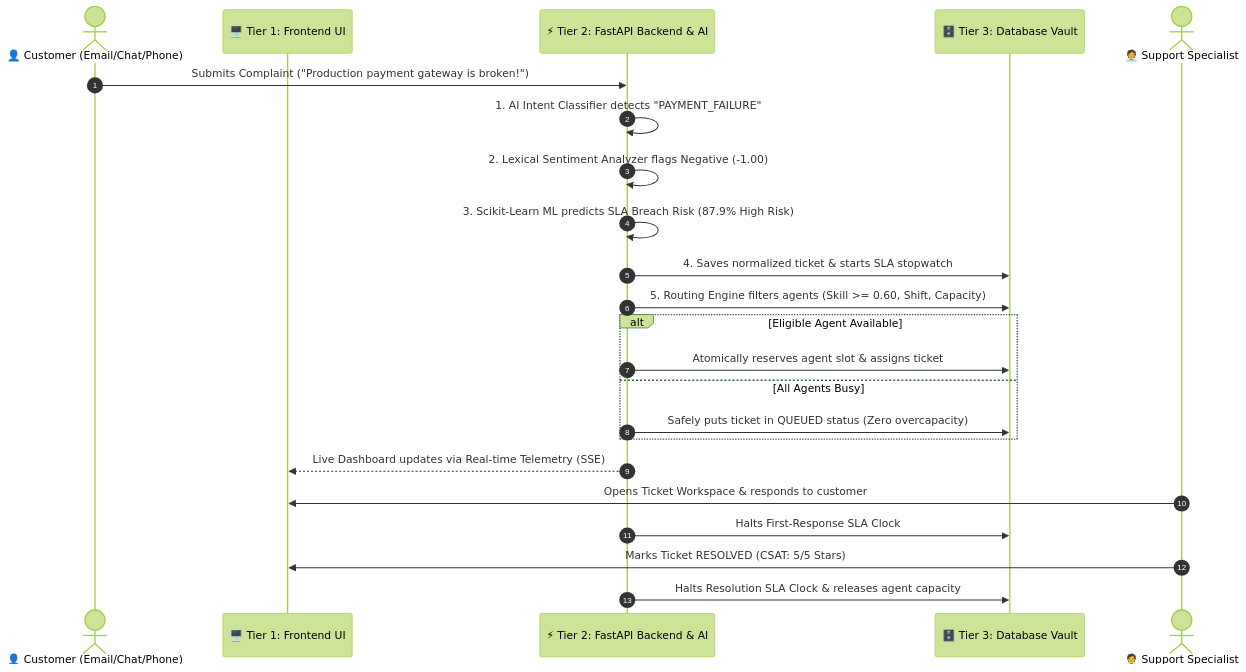
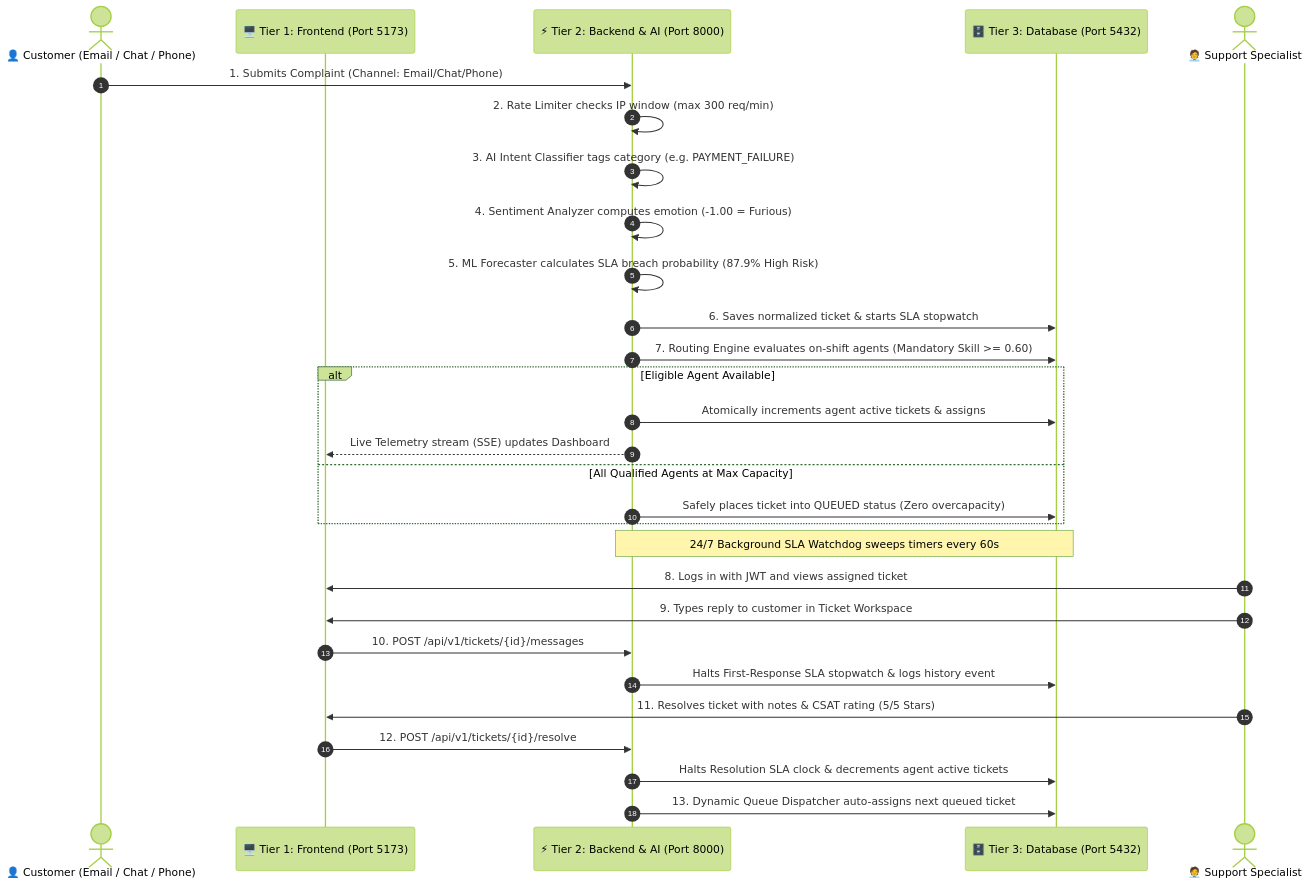
One commit to luffy-2601/YottaflexAI_Hackathon changed the diagram in README.md. Above: the diagram before and after it, drawn with Mermaid (forest theme). The commit also changed other lines of this file, not shown here.

Commit message:
docs: enrich 3-tier multi-port architecture, complete system flowcharts, and execution guide

````diff
--- a/README.md
+++ b/README.md
@@ -79,26 +100,36 @@
 ```mermaid
 sequenceDiagram
     autonumber
-    actor Customer as 👤 Customer (Email/Chat/Phone)
-    participant Tier1 as 🖥️ Tier 1: Frontend UI
-    participant Tier2 as ⚡ Tier 2: FastAPI Backend & AI
-    participant DB as 🗄️ Tier 3: Database Vault
+    actor Customer as 👤 Customer (Email / Chat / Phone)
+    participant Tier1 as 🖥️ Tier 1: Frontend (Port 5173)
+    participant Tier2 as ⚡ Tier 2: Backend & AI (Port 8000)
+    participant Tier3 as 🗄️ Tier 3: Database (Port 5432)
     actor Agent as 🧑‍💼 Support Specialist
 
-    Customer->>Tier2: Submits Complaint ("Production payment gateway is broken!")
-    Tier2->>Tier2: 1. AI Intent Classifier detects "PAYMENT_FAILURE"
-    Tier2->>Tier2: 2. Lexical Sentiment Analyzer flags Negative (-1.00)
-    Tier2->>Tier2: 3. Scikit-Learn ML predicts SLA Breach Risk (87.9% High Risk)
-    Tier2->>DB: 4. Saves normalized ticket & starts SLA stopwatch
-    Tier2->>DB: 5. Routing Engine filters agents (Skill >= 0.60, Shift, Capacity)
+    Customer->>Tier2: 1. Submits Complaint (Channel: Email/Chat/Phone)
+    Tier2->>Tier2: 2. Rate Limiter checks IP window (max 300 req/min)
+    Tier2->>Tier2: 3. AI Intent Classifier tags category (e.g. PAYMENT_FAILURE)
+    Tier2->>Tier2: 4. Sentiment Analyzer computes emotion (-1.00 = Furious)
+    Tier2->>Tier2: 5. ML Forecaster calculates SLA breach probability (87.9% High Risk)
+    Tier2->>Tier3: 6. Saves normalized ticket & starts SLA stopwatch
+    Tier2->>Tier3: 7. Routing Engine evaluates on-shift agents (Mandatory Skill >= 0.60)
+    
     alt Eligible Agent Available
-        Tier2->>DB: Atomically reserves agent slot & assigns ticket
-    else All Agents Busy
-        Tier2->>DB: Safely puts ticket in QUEUED status (Zero overcapacity)
+        Tier2->>Tier3: Atomically increments agent active tickets & assigns
+        Tier2-->>Tier1: Live Telemetry stream (SSE) updates Dashboard
+    else All Qualified Agents at Max Capacity
+        Tier2->>Tier3: Safely places ticket into QUEUED status (Zero overcapacity)
     end
-    Tier2-->>Tier1: Live Dashboard updates via Real-time Telemetry (SSE)
-    Agent->>Tier1: Opens Ticket Workspace & responds to customer
-    Tier2->>DB: Halts First-Response SLA Clock
-    Agent->>Tier1: Marks Ticket RESOLVED (CSAT: 5/5 Stars)
-    Tier2->>DB: Halts Resolution SLA Clock & releases agent capacity
+
+    Note over Tier2,Tier3: 24/7 Background SLA Watchdog sweeps timers every 60s
+
+    Agent->>Tier1: 8. Logs in with JWT and views assigned ticket
+    Agent->>Tier1: 9. Types reply to customer in Ticket Workspace
+    Tier1->>Tier2: 10. POST /api/v1/tickets/{id}/messages
+    Tier2->>Tier3: Halts First-Response SLA stopwatch & logs history event
+
+    Agent->>Tier1: 11. Resolves ticket with notes & CSAT rating (5/5 Stars)
+    Tier1->>Tier2: 12. POST /api/v1/tickets/{id}/resolve
+    Tier2->>Tier3: Halts Resolution SLA clock & decrements agent active tickets
+    Tier2->>Tier3: 13. Dynamic Queue Dispatcher auto-assigns next queued ticket
 ```
````
